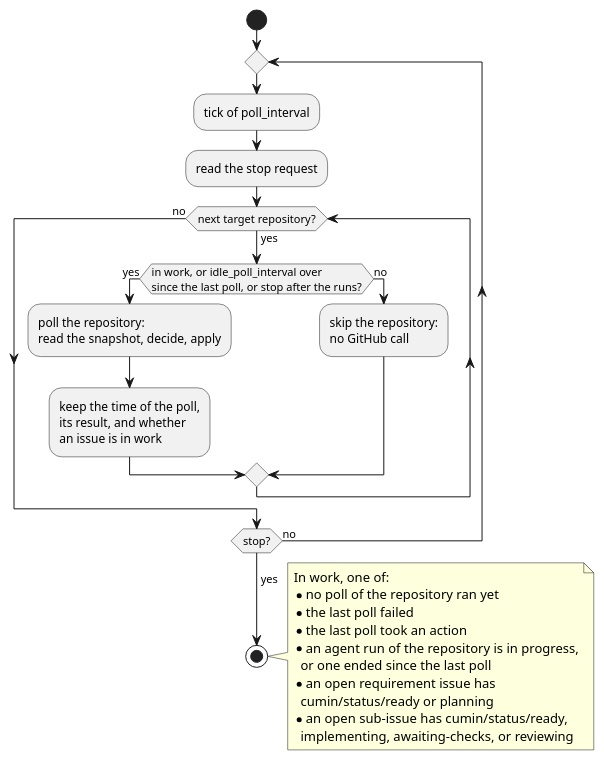
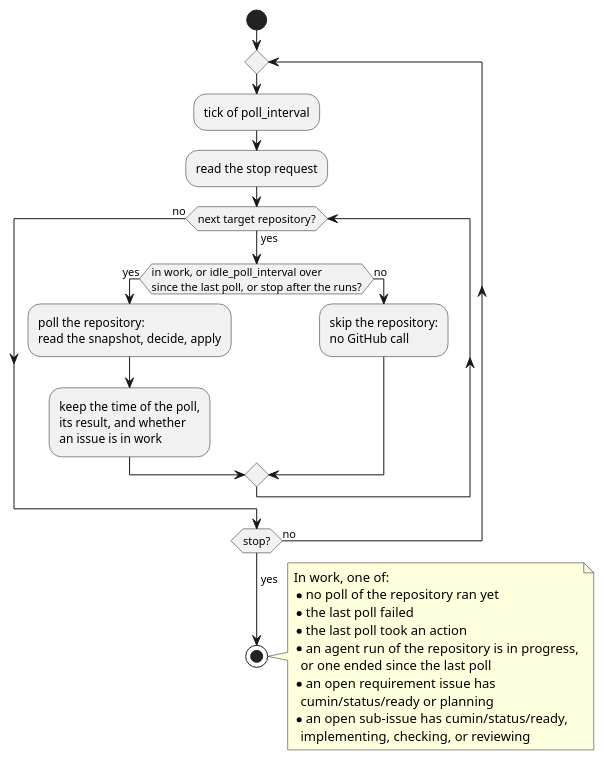
The diagram in docs/ja/designs/poll-interval.puml (cloveclovedev/cumin-works), drawn with PlantUML before and after one commit. The commit also changed 56 other files, not shown here.

```diff
--- a/docs/ja/designs/poll-interval.puml
+++ b/docs/ja/designs/poll-interval.puml
@@ -1,40 +1,40 @@
 @startuml poll-interval
 ' cumin works - the poll interval of a repository: every poll interval when in work, the idle poll interval otherwise.
 ' Document: poll.md, section on the poll interval.
 ' Render: run scripts/render-diagrams.sh at the root of the repository.
 skinparam shadowing false
 skinparam defaultFontName sans-serif
 
 start
 repeat
   :tick of poll_interval;
   :read the stop request;
   while (next target repository?) is (yes)
     if (in work, or idle_poll_interval over\nsince the last poll, or stop after the runs?) then (yes)
       :poll the repository:
       read the snapshot, decide, apply;
       :keep the time of the poll,
       its result, and whether
       an issue is in work;
     else (no)
       :skip the repository:
       no GitHub call;
     endif
   endwhile (no)
 repeat while (stop?) is (no)
 ->yes;
 stop
 
 note right
   In work, one of:
   * no poll of the repository ran yet
   * the last poll failed
   * the last poll took an action
   * an agent run of the repository is in progress,
     or one ended since the last poll
   * an open requirement issue has
     cumin/status/ready or planning
   * an open sub-issue has cumin/status/ready,
-    implementing, awaiting-checks, or reviewing
+    implementing, checking, or reviewing
 end note
 @enduml
```
